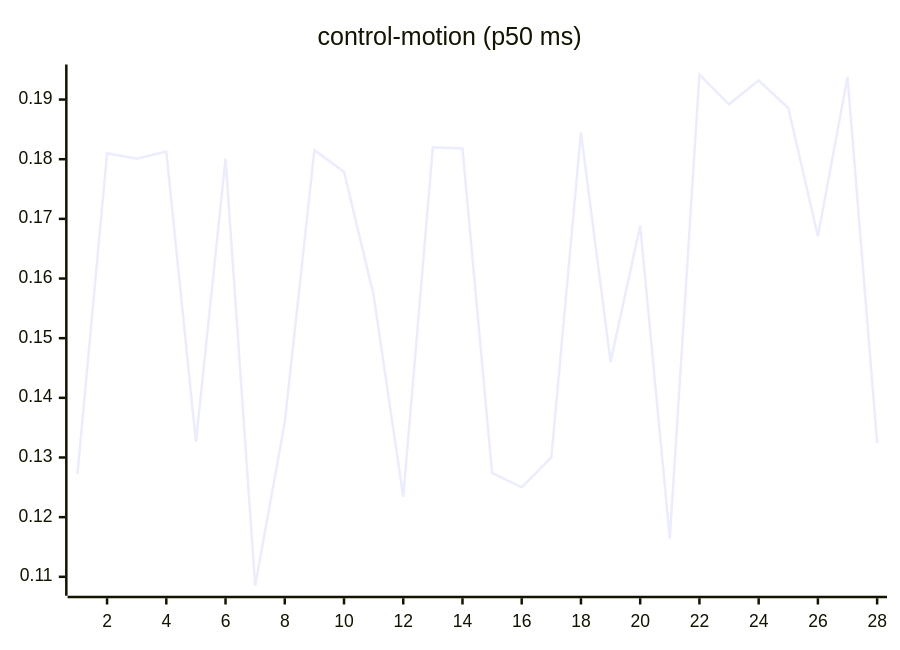
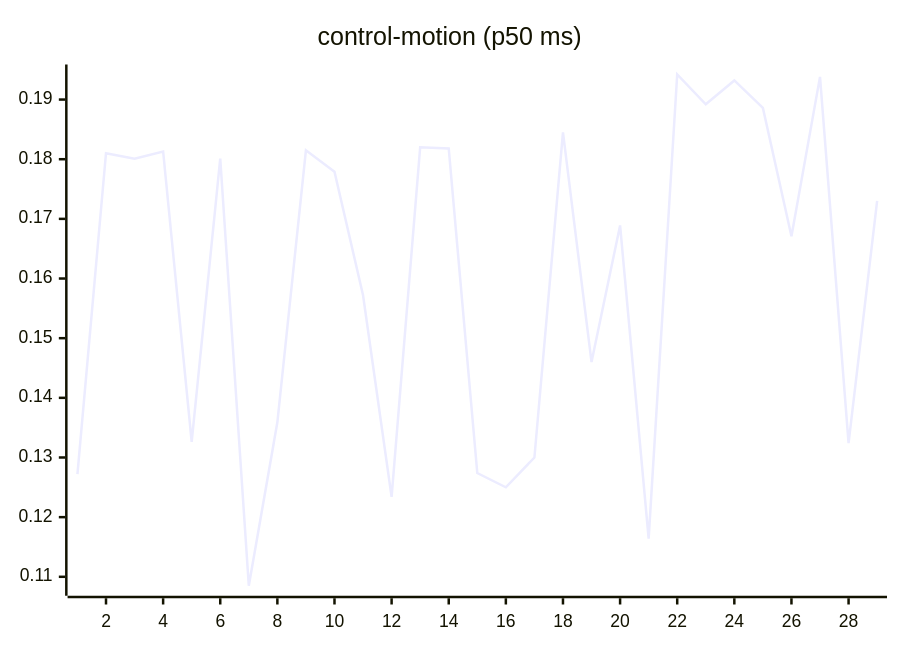
The seventh of 27 diagrams in README.md (josha/Facet), drawn with Mermaid before and after one commit. The commit also changed other lines of this file and 2 other files, not shown here.

````diff
--- a/README.md
+++ b/README.md
@@ -105,6 +105,6 @@
 ```mermaid
 xychart-beta
     title "control-motion (p50 ms)"
-    x-axis 1 --> 28
-    line [0.1272, 0.1810, 0.1801, 0.1813, 0.1326, 0.1801, 0.1085, 0.1359, 0.1815, 0.1779, 0.1572, 0.1234, 0.1820, 0.1818, 0.1274, 0.1250, 0.1300, 0.1845, 0.1460, 0.1689, 0.1164, 0.1942, 0.1892, 0.1932, 0.1886, 0.1671, 0.1938, 0.1324]
+    x-axis 1 --> 29
+    line [0.1272, 0.1810, 0.1801, 0.1813, 0.1326, 0.1801, 0.1085, 0.1359, 0.1815, 0.1779, 0.1572, 0.1234, 0.1820, 0.1818, 0.1274, 0.1250, 0.1300, 0.1845, 0.1460, 0.1689, 0.1164, 0.1942, 0.1892, 0.1932, 0.1886, 0.1671, 0.1938, 0.1324, 0.1730]
 ```
````
